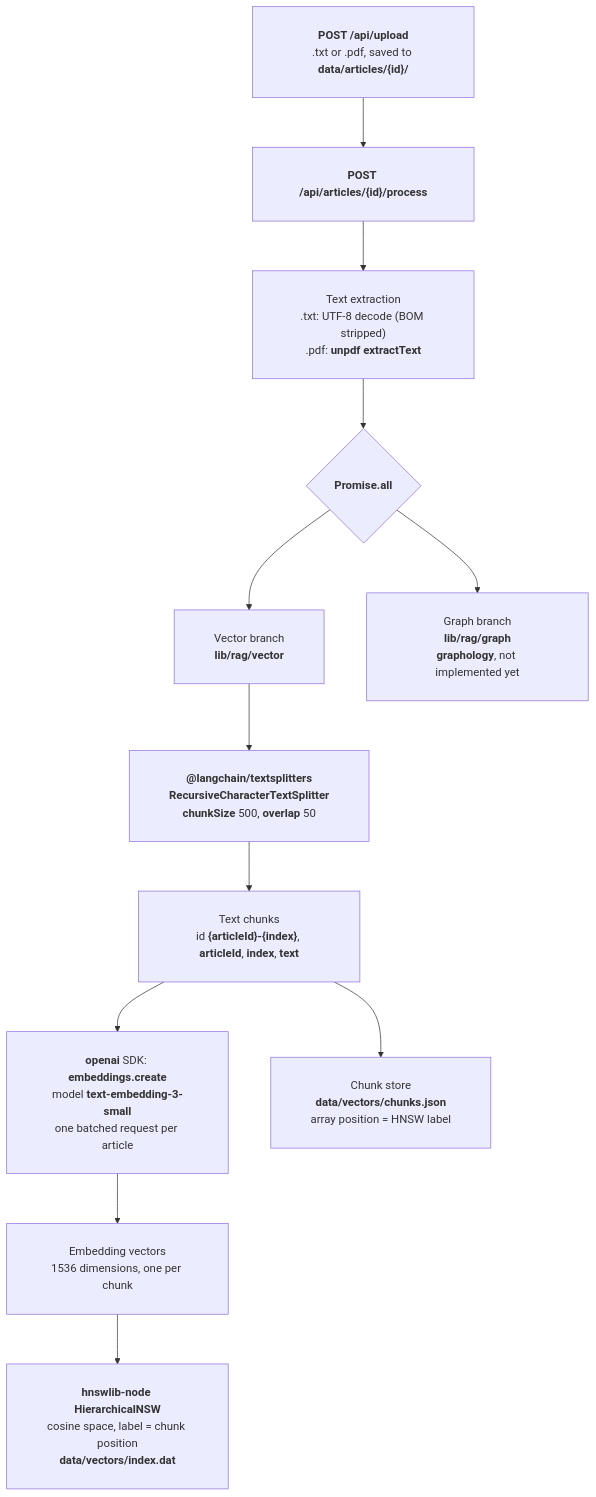
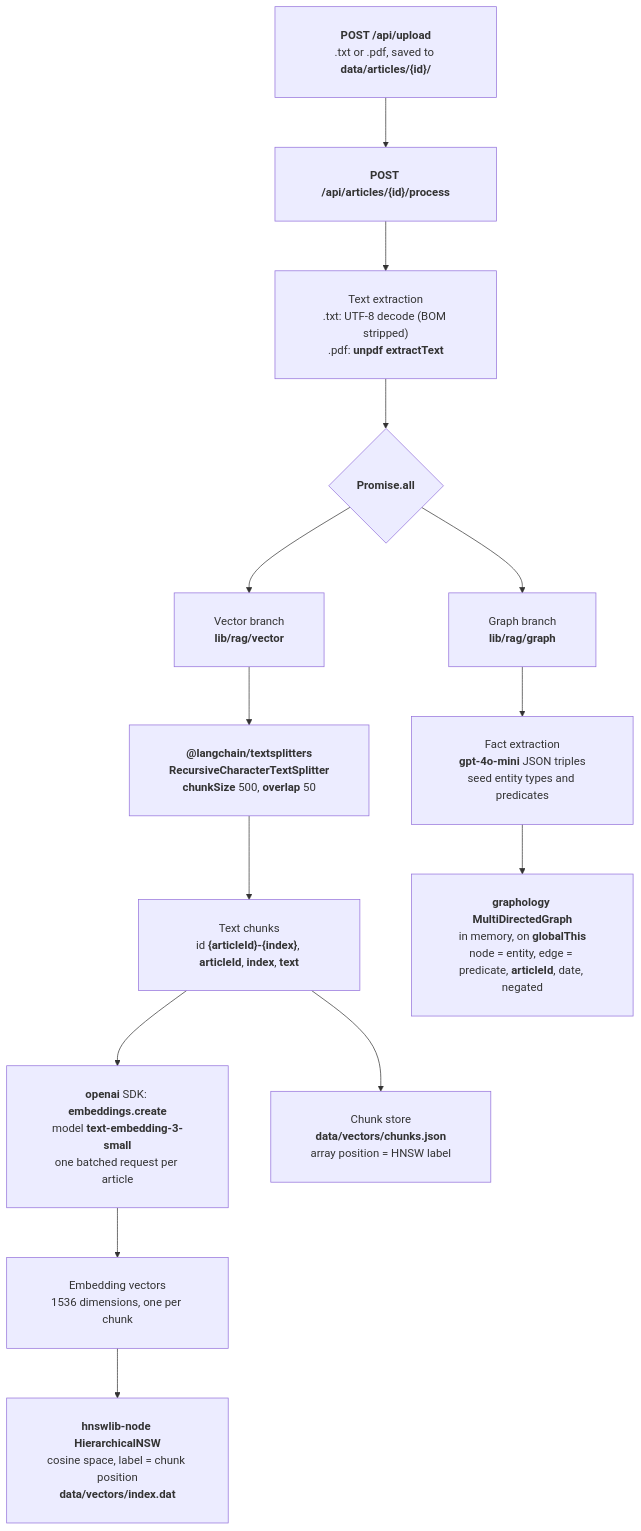
Before and after one commit to NickRumenov1/next-insights-rag: the diagram in Architecture.md, drawn with Mermaid. The commit also changed 9 other files, not shown here.

Commit message:
add graph storing

````diff
--- a/Architecture.md
+++ b/Architecture.md
@@ -21,17 +21,20 @@
 ```mermaid
 %%{init: {"themeVariables": {"fontSize": "26"}, "flowchart": {"padding": 28, "nodeSpacing": 60, "rankSpacing": 70}}}%%
 flowchart TD
     Upload["<b>POST /api/upload</b><br/>.txt or .pdf, saved to <b>data/articles/{id}/</b>"] --> Process["<b>POST /api/articles/{id}/process</b>"]
     Process --> Extract["Text extraction<br/>.txt: UTF-8 decode (BOM stripped)<br/>.pdf: <b>unpdf</b> <b>extractText</b>"]
     Extract --> Parallel{"<b>Promise.all</b>"}
 
     Parallel --> VectorBranch["Vector branch<br/><b>lib/rag/vector</b>"]
-    Parallel --> GraphBranch["Graph branch<br/><b>lib/rag/graph</b><br/><b>graphology</b>, not implemented yet"]
+    Parallel --> GraphBranch["Graph branch<br/><b>lib/rag/graph</b>"]
 
     VectorBranch --> Splitter["<b>@langchain/textsplitters</b><br/><b>RecursiveCharacterTextSplitter</b><br/><b>chunkSize</b> 500, <b>overlap</b> 50"]
     Splitter --> Chunks["Text chunks<br/>id <b>{articleId}-{index}</b>, <b>articleId</b>, <b>index</b>, <b>text</b>"]
     Chunks --> Embedder["<b>openai</b> SDK: <b>embeddings.create</b><br/>model <b>text-embedding-3-small</b><br/>one batched request per article"]
     Embedder --> Vectors["Embedding vectors<br/>1536 dimensions, one per chunk"]
     Vectors --> HnswIndex["<b>hnswlib-node</b> <b>HierarchicalNSW</b><br/>cosine space, label = chunk position<br/><b>data/vectors/index.dat</b>"]
     Chunks --> ChunksFile["Chunk store<br/><b>data/vectors/chunks.json</b><br/>array position = HNSW label"]
+
+    GraphBranch --> Facts["Fact extraction<br/><b>gpt-4o-mini</b> JSON triples<br/>seed entity types and predicates"]
+    Facts --> GraphStore["<b>graphology</b> <b>MultiDirectedGraph</b><br/>in memory, on <b>globalThis</b><br/>node = entity, edge = predicate, <b>articleId</b>, date, negated"]
 ```
````
